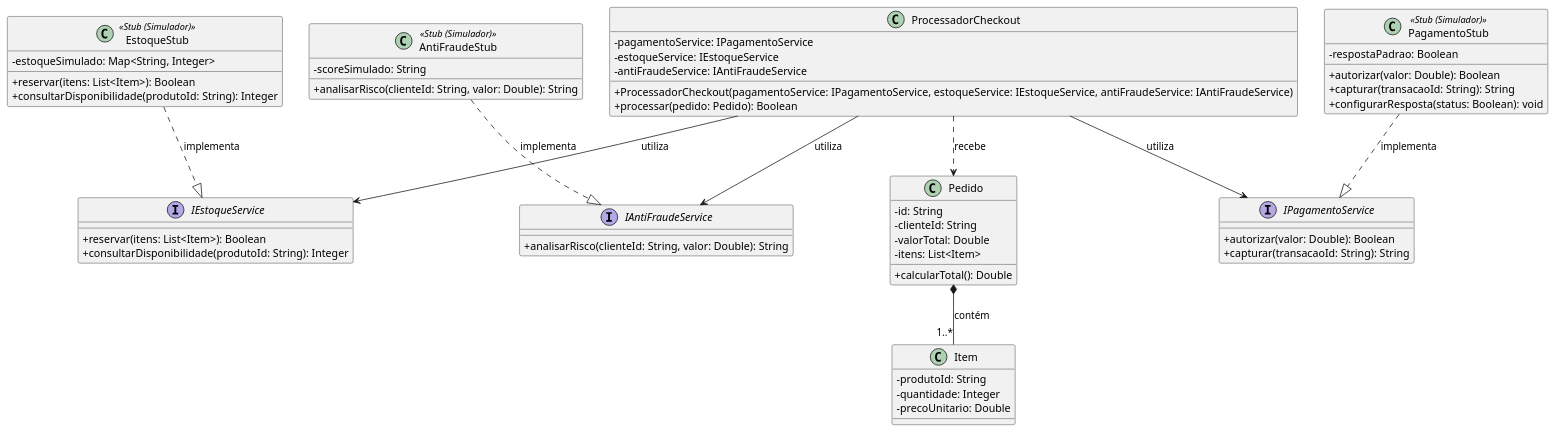
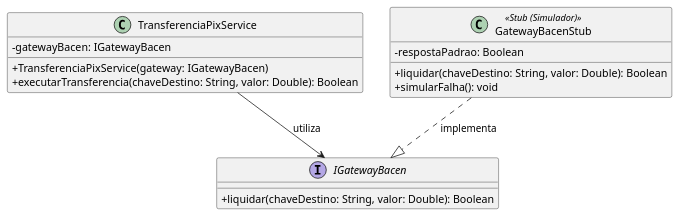
The first of 2 diagrams in docs/02-gestao-qualidade/laboratorio.qmd (maxwellamaral/aula-eng-testes), drawn with PlantUML before and after one commit. The commit also changed other lines of this file, not shown here.

Commit message:
refactor: update Top-Down integration example from E-commerce to Pix transfer domain

````diff
--- a/docs/02-gestao-qualidade/laboratorio.qmd
+++ b/docs/02-gestao-qualidade/laboratorio.qmd
@@ -105,69 +105,24 @@
 ```plantuml
 @startuml
 skinparam classAttributeIconSize 0
 
-class Pedido {
-  - id: String
-  - clienteId: String
-  - valorTotal: Double
-  - itens: List<Item>
-  + calcularTotal(): Double
+class TransferenciaPixService {
+  - gatewayBacen: IGatewayBacen
+  + TransferenciaPixService(gateway: IGatewayBacen)
+  + executarTransferencia(chaveDestino: String, valor: Double): Boolean
 }
 
-class Item {
-  - produtoId: String
-  - quantidade: Integer
-  - precoUnitario: Double
+interface IGatewayBacen {
+  + liquidar(chaveDestino: String, valor: Double): Boolean
 }
 
-class ProcessadorCheckout {
-  - pagamentoService: IPagamentoService
-  - estoqueService: IEstoqueService
-  - antiFraudeService: IAntiFraudeService
-  + ProcessadorCheckout(pagamentoService: IPagamentoService, estoqueService: IEstoqueService, antiFraudeService: IAntiFraudeService)
-  + processar(pedido: Pedido): Boolean
+class GatewayBacenStub <<Stub (Simulador)>> {
+  - respostaPadrao: Boolean
+  + liquidar(chaveDestino: String, valor: Double): Boolean
+  + simularFalha(): void
 }
 
-interface IPagamentoService {
-  + autorizar(valor: Double): Boolean
-  + capturar(transacaoId: String): String
-}
-
-interface IEstoqueService {
-  + reservar(itens: List<Item>): Boolean
-  + consultarDisponibilidade(produtoId: String): Integer
-}
-
-interface IAntiFraudeService {
-  + analisarRisco(clienteId: String, valor: Double): String
-}
-
-class PagamentoStub <<Stub (Simulador)>> {
-  - respostaPadrao: Boolean
-  + autorizar(valor: Double): Boolean
-  + capturar(transacaoId: String): String
-  + configurarResposta(status: Boolean): void
-}
-
-class EstoqueStub <<Stub (Simulador)>> {
-  - estoqueSimulado: Map<String, Integer>
-  + reservar(itens: List<Item>): Boolean
-  + consultarDisponibilidade(produtoId: String): Integer
-}
-
-class AntiFraudeStub <<Stub (Simulador)>> {
-  - scoreSimulado: String
-  + analisarRisco(clienteId: String, valor: Double): String
-}
-
-Pedido *-- "1..*" Item : contém
-ProcessadorCheckout ..> Pedido : recebe
-ProcessadorCheckout --> IPagamentoService : utiliza
-ProcessadorCheckout --> IEstoqueService : utiliza
-ProcessadorCheckout --> IAntiFraudeService : utiliza
-
-PagamentoStub ..|> IPagamentoService : implementa
-EstoqueStub ..|> IEstoqueService : implementa
-AntiFraudeStub ..|> IAntiFraudeService : implementa
+TransferenciaPixService --> IGatewayBacen : utiliza
+GatewayBacenStub ..|> IGatewayBacen : implementa
 @enduml
 ```
````
